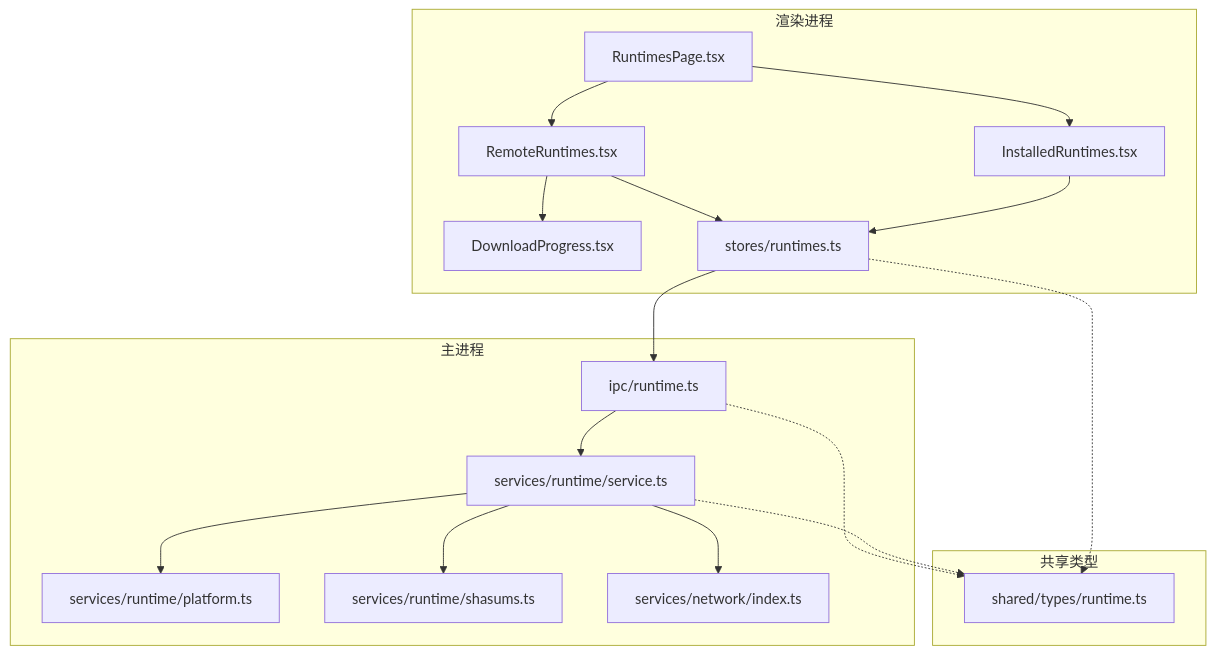
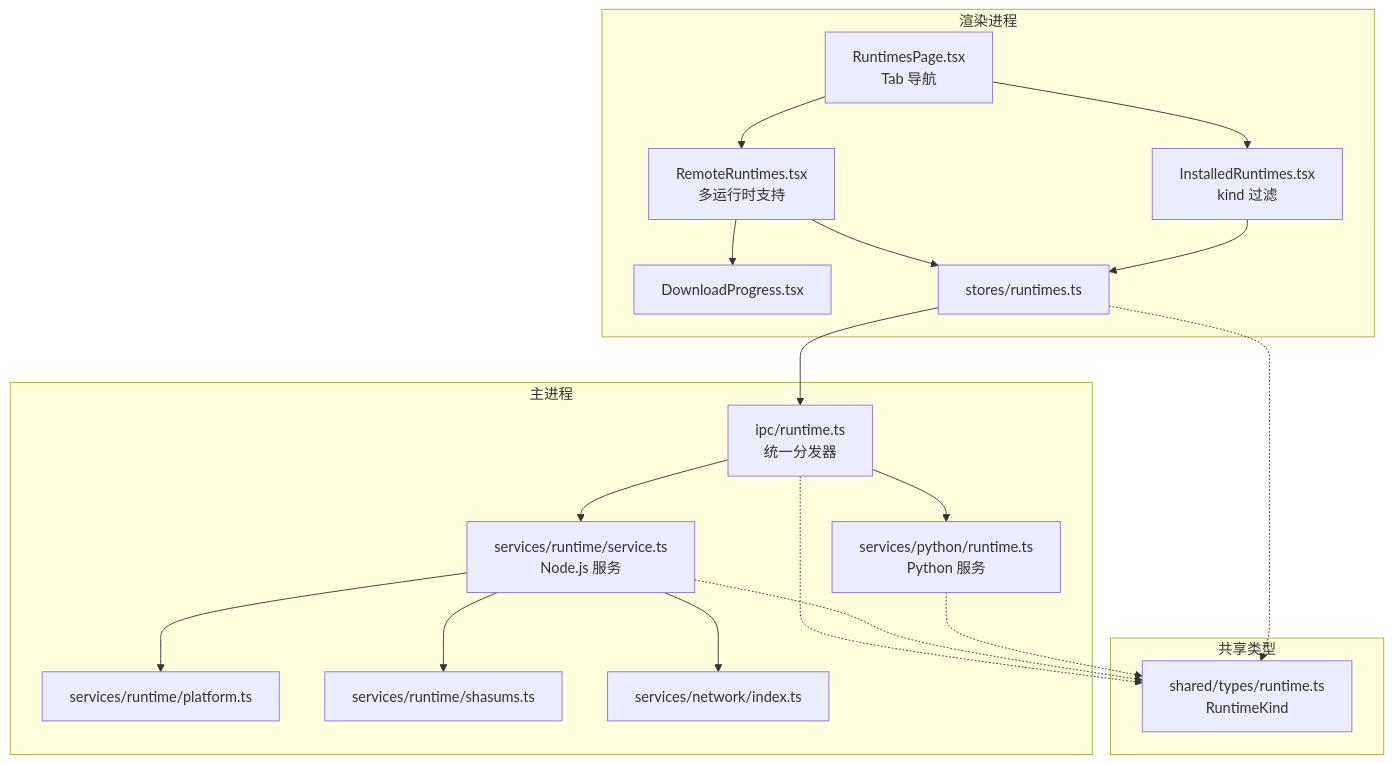
One commit to hozeeee/script-box changed the first of 6 diagrams in .qoder/repowiki/zh/content/前端应用架构/页面组件/运行时管理页面.md. Above: the diagram before and after it, drawn with Mermaid. The commit also changed other lines of this file and 6 other files, not shown here.

First line of the commit message:
feat(runtime): 支持多运行时管理，新增 Python 运行时支持

````diff
--- a/.qoder/repowiki/zh/content/前端应用架构/页面组件/运行时管理页面.md
+++ b/.qoder/repowiki/zh/content/前端应用架构/页面组件/运行时管理页面.md
@@ -53,33 +63,36 @@
 ```mermaid
 graph TB
 subgraph "渲染进程"
-RP["RuntimesPage.tsx"]
-IR["InstalledRuntimes.tsx"]
-RR["RemoteRuntimes.tsx"]
+RP["RuntimesPage.tsx<br/>Tab 导航"]
+IR["InstalledRuntimes.tsx<br/>kind 过滤"]
+RR["RemoteRuntimes.tsx<br/>多运行时支持"]
 DP["DownloadProgress.tsx"]
 RS["stores/runtimes.ts"]
 end
 subgraph "主进程"
-IPC["ipc/runtime.ts"]
-SVC["services/runtime/service.ts"]
+IPC["ipc/runtime.ts<br/>统一分发器"]
+NJS["services/runtime/service.ts<br/>Node.js 服务"]
+PYS["services/python/runtime.ts<br/>Python 服务"]
 PLT["services/runtime/platform.ts"]
 SHS["services/runtime/shasums.ts"]
 NET["services/network/index.ts"]
 end
 subgraph "共享类型"
-TYP["shared/types/runtime.ts"]
+TYP["shared/types/runtime.ts<br/>RuntimeKind"]
 end
 RP --> IR
 RP --> RR
 RR --> DP
 RR --> RS
 IR --> RS
 RS --> IPC
-IPC --> SVC
-SVC --> NET
-SVC --> PLT
-SVC --> SHS
+IPC --> NJS
+IPC --> PYS
+NJS --> NET
+NJS --> PLT
+NJS --> SHS
 RS -.-> TYP
 IPC -.-> TYP
-SVC -.-> TYP
+NJS -.-> TYP
+PYS -.-> TYP
 ```
````
